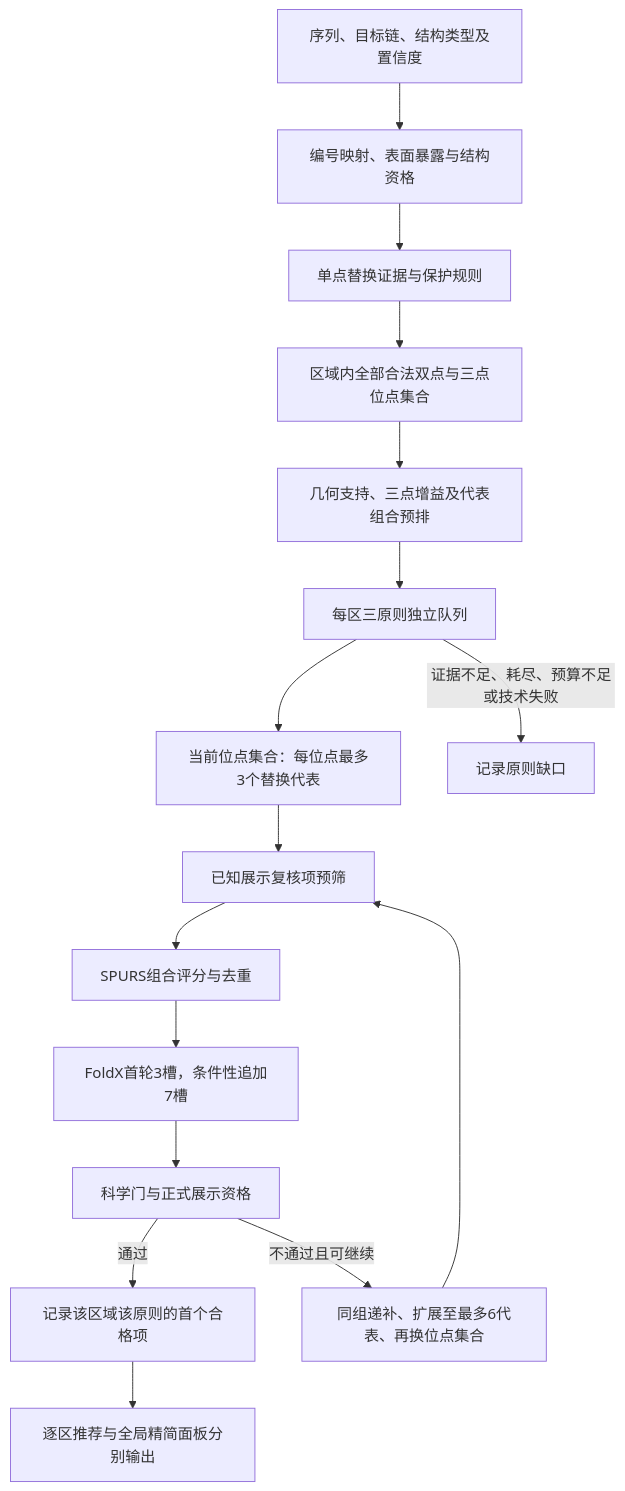
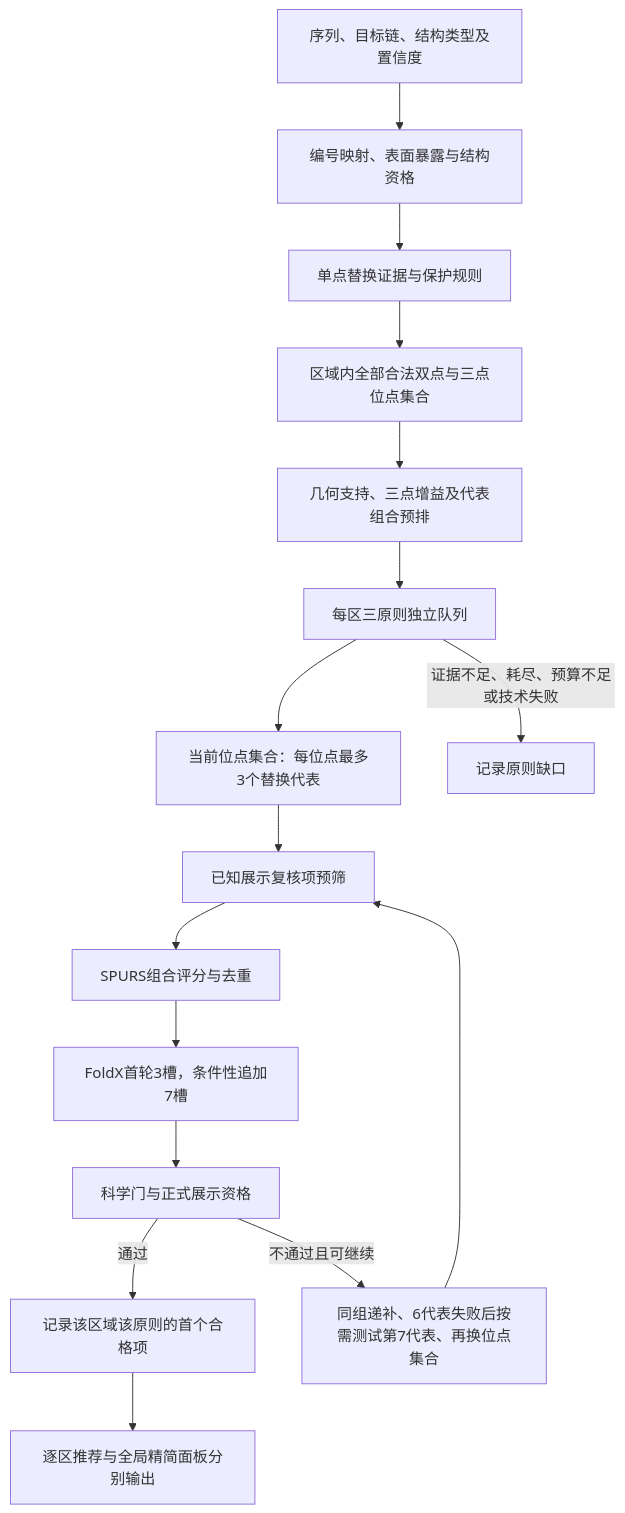
One commit to segayi1/ecd-epitope-scanner changed the diagram in docs/method_ordinary_site_first_v2.md. Above: the diagram before and after it, drawn with Mermaid. The commit also changed other lines of this file and 18 other files, not shown here.

````diff
--- a/docs/method_ordinary_site_first_v2.md
+++ b/docs/method_ordinary_site_first_v2.md
@@ -13,18 +13,18 @@
 ```mermaid
 flowchart TD
     A[序列、目标链、结构类型及置信度] --> B[编号映射、表面暴露与结构资格]
     B --> C[单点替换证据与保护规则]
     C --> D[区域内全部合法双点与三点位点集合]
     D --> E[几何支持、三点增益及代表组合预排]
     E --> F[每区三原则独立队列]
     F --> G[当前位点集合：每位点最多3个替换代表]
     G --> H[已知展示复核项预筛]
     H --> I[SPURS组合评分与去重]
     I --> J[FoldX首轮3槽，条件性追加7槽]
     J --> K[科学门与正式展示资格]
     K -->|通过| L[记录该区域该原则的首个合格项]
-    K -->|不通过且可继续| M[同组递补、扩展至最多6代表、再换位点集合]
+    K -->|不通过且可继续| M[同组递补、6代表失败后按需测试第7代表、再换位点集合]
     M --> H
     L --> N[逐区推荐与全局精简面板分别输出]
     F -->|证据不足、耗尽、预算不足或技术失败| O[记录原则缺口]
 ```
````
